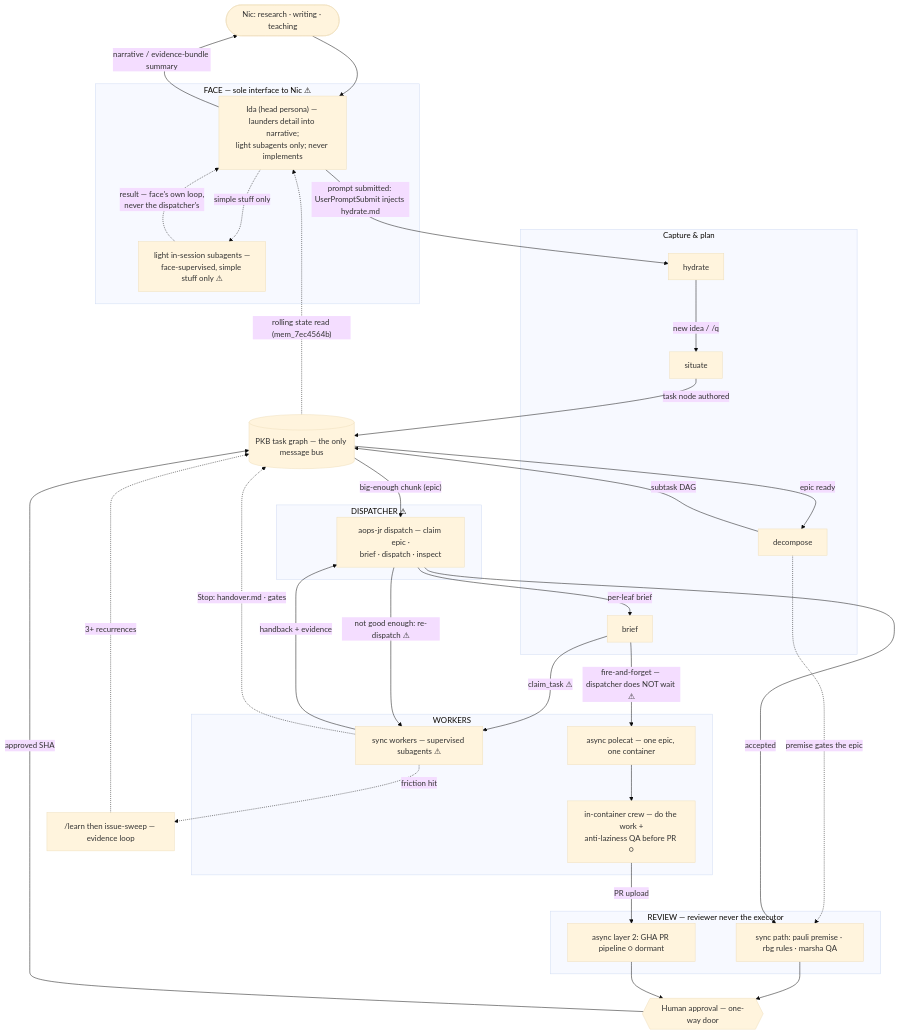
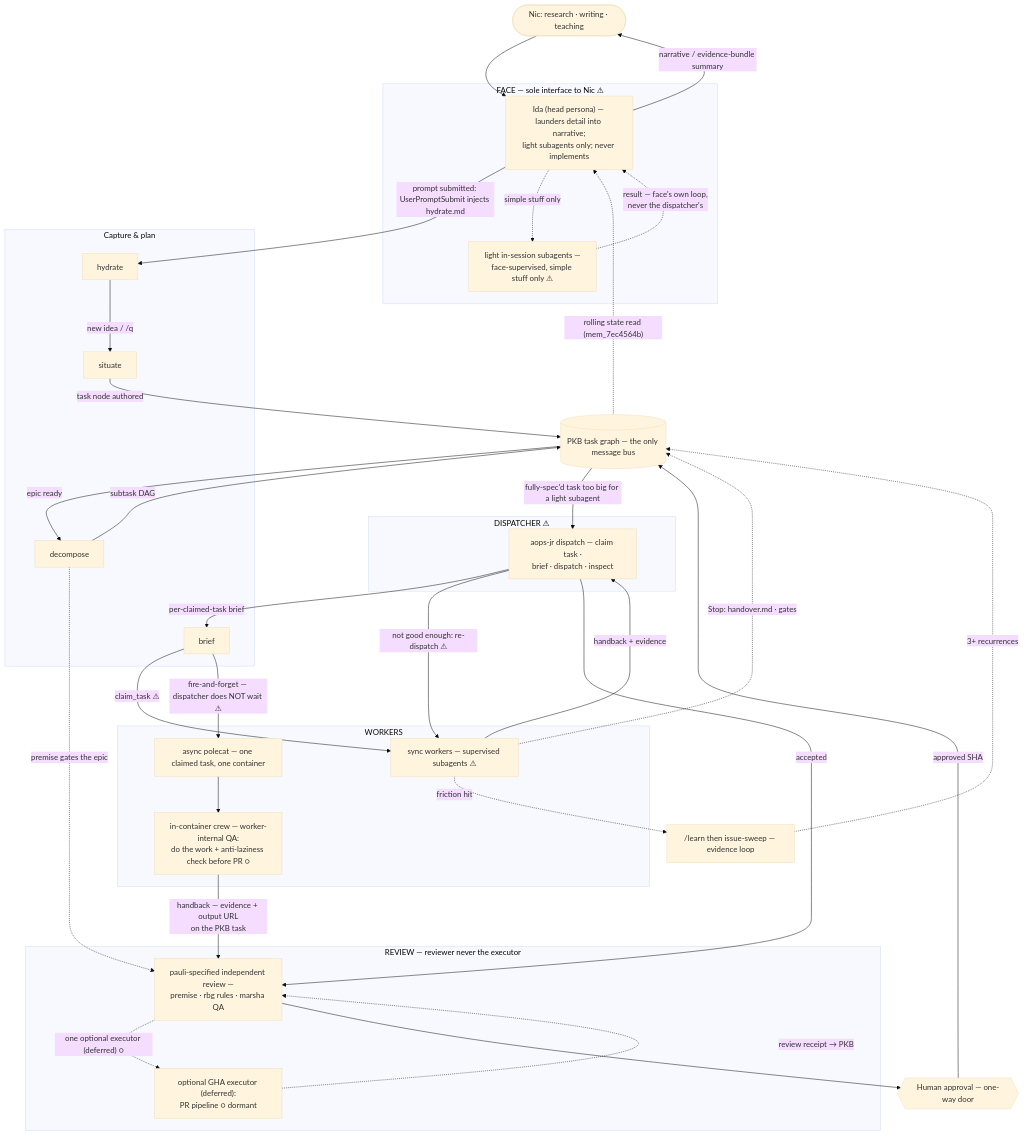
One commit to nicsuzor/academicOps changed the diagram in specs/FLOW-MAP.md. Above: the diagram before and after it, drawn with Mermaid (base theme). The commit also changed other lines of this file and 8 other files, not shown here.

First line of the commit message:
docs(specs): fold unified worker-contract reframe into FLOW-MAP + reconcile overlapping specs/skills

````diff
--- a/specs/FLOW-MAP.md
+++ b/specs/FLOW-MAP.md
@@ -64,63 +74,64 @@
 ```mermaid
 flowchart TD
     NIC(["Nic: research · writing · teaching"])
 
     subgraph FACE["FACE — sole interface to Nic ⚠"]
         IDA["Ida (head persona) — launders detail into narrative;<br/>light subagents only; never implements"]
         LIGHT["light in-session subagents —<br/>face-supervised, simple stuff only ⚠"]
     end
 
     subgraph CAP["Capture & plan"]
         HYD["hydrate"]
         SIT["situate"]
         DEC["decompose"]
         BRF["brief"]
     end
 
     PKB[("PKB task graph — the only message bus")]
 
     subgraph DISP["DISPATCHER ⚠"]
-        JRD["aops-jr dispatch — claim epic ·<br/>brief · dispatch · inspect"]
+        JRD["aops-jr dispatch — claim task ·<br/>brief · dispatch · inspect"]
     end
 
     subgraph WORK["WORKERS"]
         SYNC["sync workers — supervised subagents ⚠"]
-        POLE["async polecat — one epic, one container"]
-        CREW["in-container crew — do the work +<br/>anti-laziness QA before PR ○"]
+        POLE["async polecat — one claimed task, one container"]
+        CREW["in-container crew — worker-internal QA:<br/>do the work + anti-laziness check before PR ○"]
     end
 
     subgraph REV["REVIEW — reviewer never the executor"]
-        SREV["sync path: pauli premise · rbg rules · marsha QA"]
-        GHA["async layer 2: GHA PR pipeline ○ dormant"]
+        SREV["pauli-specified independent review —<br/>premise · rbg rules · marsha QA"]
+        GHA["optional GHA executor (deferred):<br/>PR pipeline ○ dormant"]
     end
 
     HUM{{"Human approval — one-way door"}}
     LEARN["/learn then issue-sweep — evidence loop"]
 
     NIC --> IDA
     IDA -->|"prompt submitted: UserPromptSubmit injects hydrate.md"| HYD
     HYD -->|"new idea / /q"| SIT
     SIT -->|"task node authored"| PKB
     PKB -->|"epic ready"| DEC
     DEC -->|"subtask DAG"| PKB
     DEC -.->|"premise gates the epic"| SREV
-    PKB -->|"big-enough chunk (epic)"| JRD
+    PKB -->|"fully-spec'd task too big for a light subagent"| JRD
     IDA -.->|"simple stuff only"| LIGHT
     LIGHT -.->|"result — face's own loop,<br/>never the dispatcher's"| IDA
-    JRD -->|"per-leaf brief"| BRF
+    JRD -->|"per-claimed-task brief"| BRF
     BRF -->|"claim_task ⚠"| SYNC
     BRF -->|"fire-and-forget — dispatcher does NOT wait ⚠"| POLE
     POLE --> CREW
     SYNC -->|"handback + evidence"| JRD
     JRD -->|"not good enough: re-dispatch ⚠"| SYNC
     JRD -->|"accepted"| SREV
-    CREW -->|"PR upload"| GHA
+    CREW -->|"handback — evidence + output URL<br/>on the PKB task"| SREV
+    SREV -.->|"one optional executor (deferred) ○"| GHA
+    GHA -.->|"review receipt → PKB"| SREV
     SREV --> HUM
-    GHA --> HUM
     HUM -->|"approved SHA"| PKB
     PKB -.->|"rolling state read (mem_7ec4564b)"| IDA
     IDA -->|"narrative / evidence-bundle summary"| NIC
     SYNC -.->|"Stop: handover.md · gates"| PKB
     SYNC -.->|"friction hit"| LEARN
     LEARN -.->|"3+ recurrences"| PKB
 ```
````
